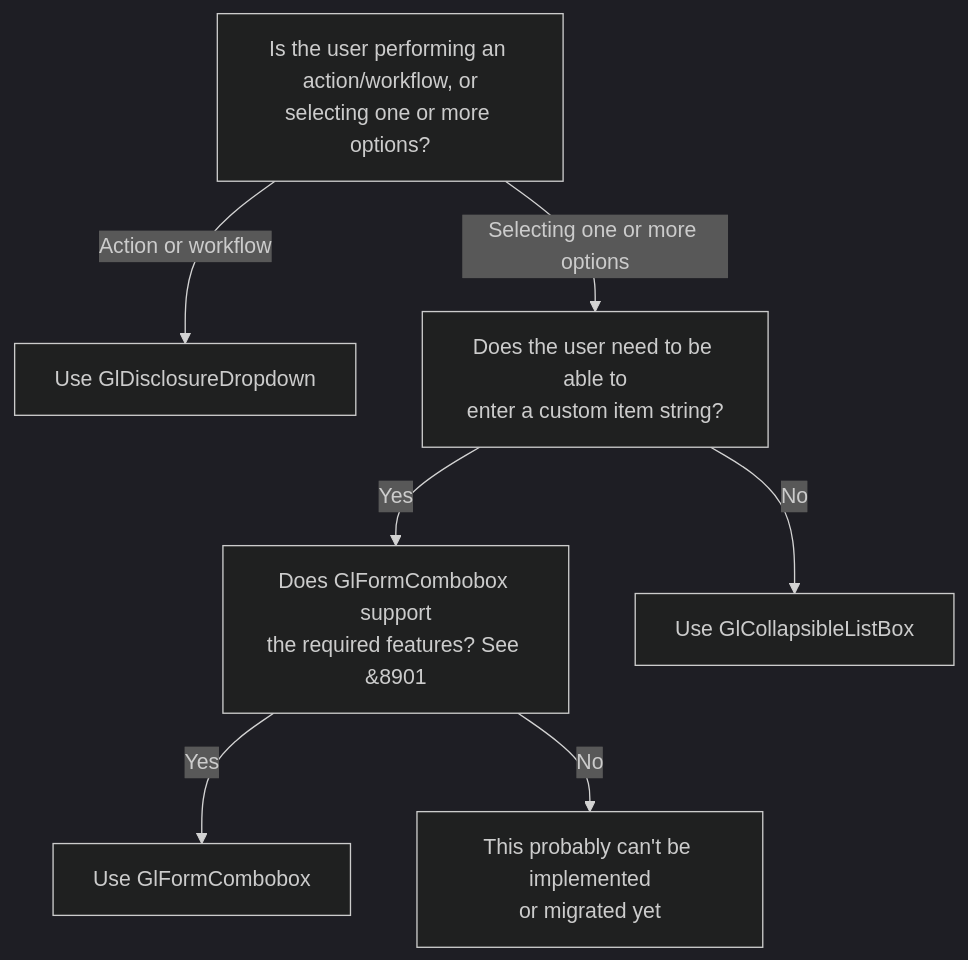
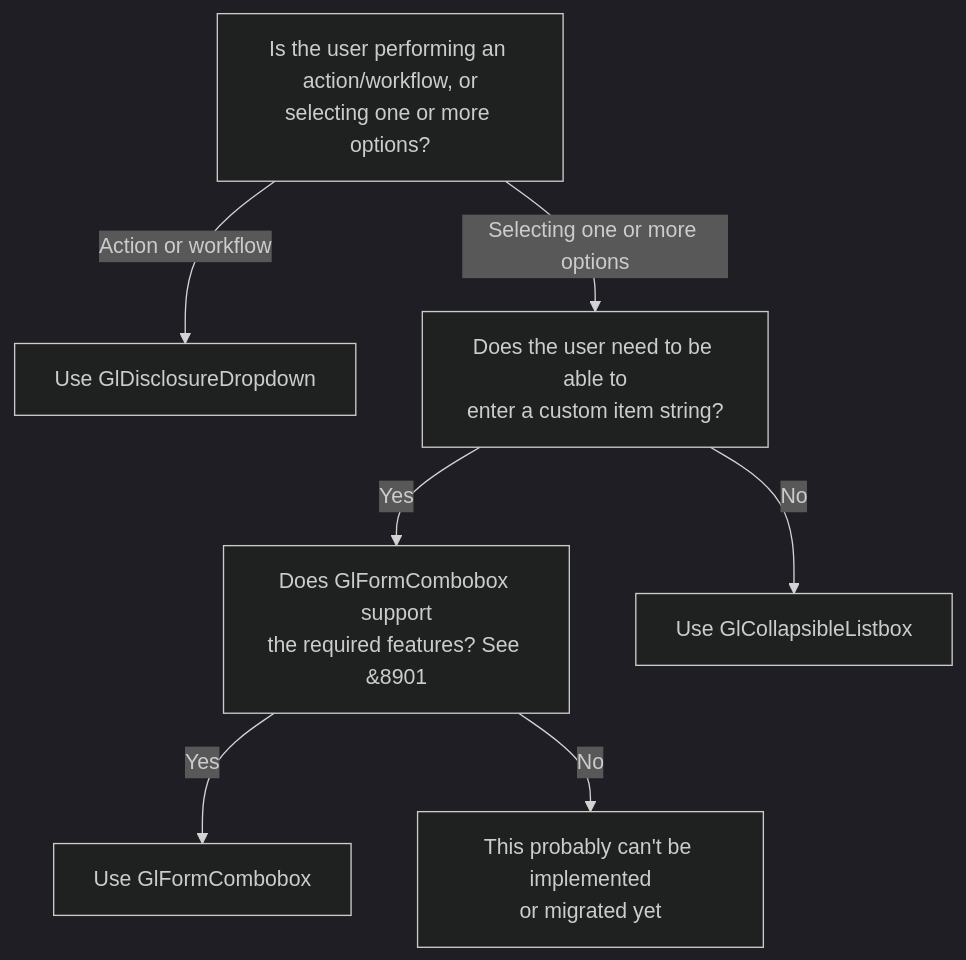
Before and after one commit to khulnasoft-lab/design.khulnasoft.com: the diagram in contents/components/dropdown-overview.md, drawn with Mermaid (dark theme).

Commit message:
fix(Dropdown): fix typo in docs

````diff
--- a/contents/components/dropdown-overview.md
+++ b/contents/components/dropdown-overview.md
@@ -20,9 +20,9 @@
 ```mermaid
 flowchart TD;
   A[Is the user performing an action/workflow, or<br>selecting one or more options?] --> |Action or workflow|B[Use GlDisclosureDropdown];
   A --> |Selecting one or more options|C[Does the user need to be able to<br>enter a custom item string?];
   C --> |Yes|D[Does GlFormCombobox support<br>the required features? See &8901];
-  C --> |No|E[Use GlCollapsibleListBox];
+  C --> |No|E[Use GlCollapsibleListbox];
   D --> |Yes|H[Use GlFormCombobox];
   D --> |No|I[This probably can't be implemented<br>or migrated yet];
 ```
````
